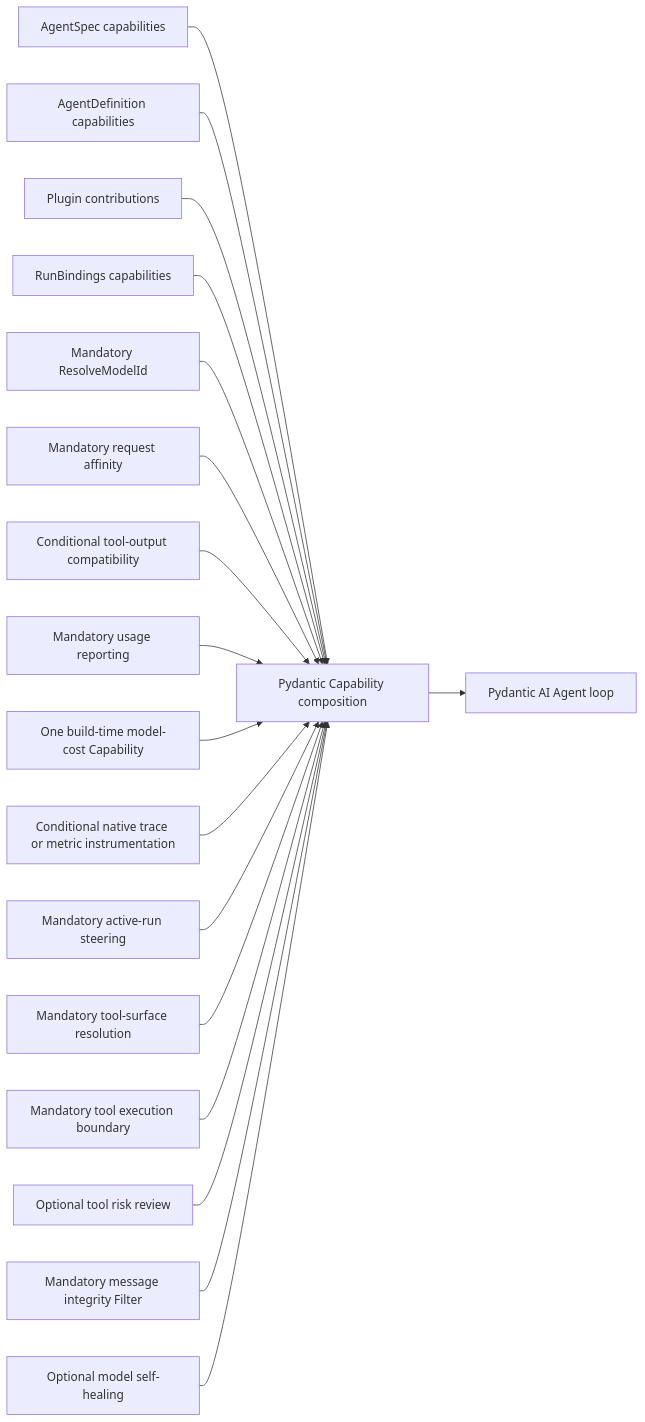
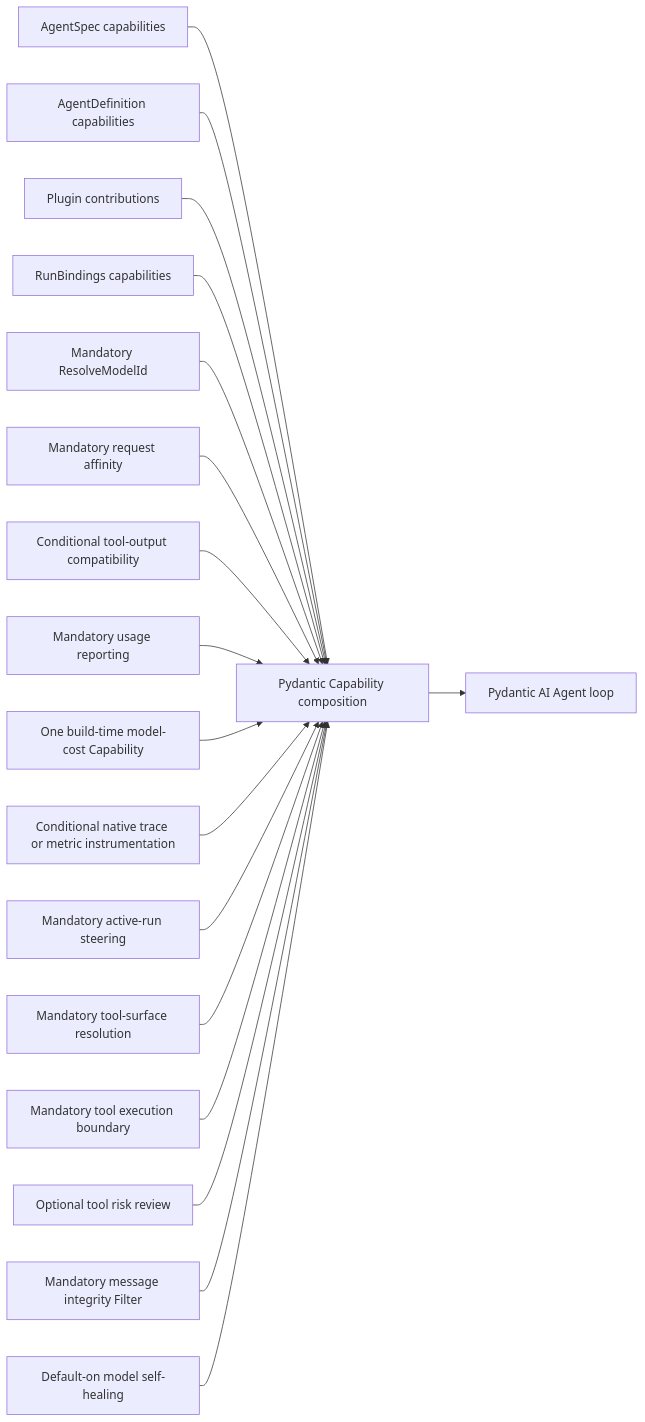
Before and after one commit to LTThreeComma/agent-foundation: the diagram in spec/a13n-harness/17-core-capability-catalog.md, drawn with Mermaid. The commit also changed other lines of this file and 10 other files, not shown here.

First line of the commit message:
feat(harness)!: enable model self-healing by default (#810)

````diff
--- a/spec/a13n-harness/17-core-capability-catalog.md
+++ b/spec/a13n-harness/17-core-capability-catalog.md
@@ -74,20 +74,20 @@
 ```mermaid
 flowchart LR
     Spec[AgentSpec capabilities] --> PAI[Pydantic Capability composition]
     Build[AgentDefinition capabilities] --> PAI
     Plugin[Plugin contributions] --> PAI
     Run[RunBindings capabilities] --> PAI
     Resolver[Mandatory ResolveModelId] --> PAI
     Affinity[Mandatory request affinity] --> PAI
     Structured[Conditional tool-output compatibility] --> PAI
     Usage[Mandatory usage reporting] --> PAI
     Pricing[One build-time model-cost Capability] --> PAI
     Observation[Conditional native trace or metric instrumentation] --> PAI
     Steering[Mandatory active-run steering] --> PAI
     Surface[Mandatory tool-surface resolution] --> PAI
     Boundary[Mandatory tool execution boundary] --> PAI
     ToolReview[Optional tool risk review] --> PAI
     Integrity[Mandatory message integrity Filter] --> PAI
-    SelfHealing[Optional model self-healing] --> PAI
+    SelfHealing[Default-on model self-healing] --> PAI
     PAI --> Agent[Pydantic AI Agent loop]
 ```
````
